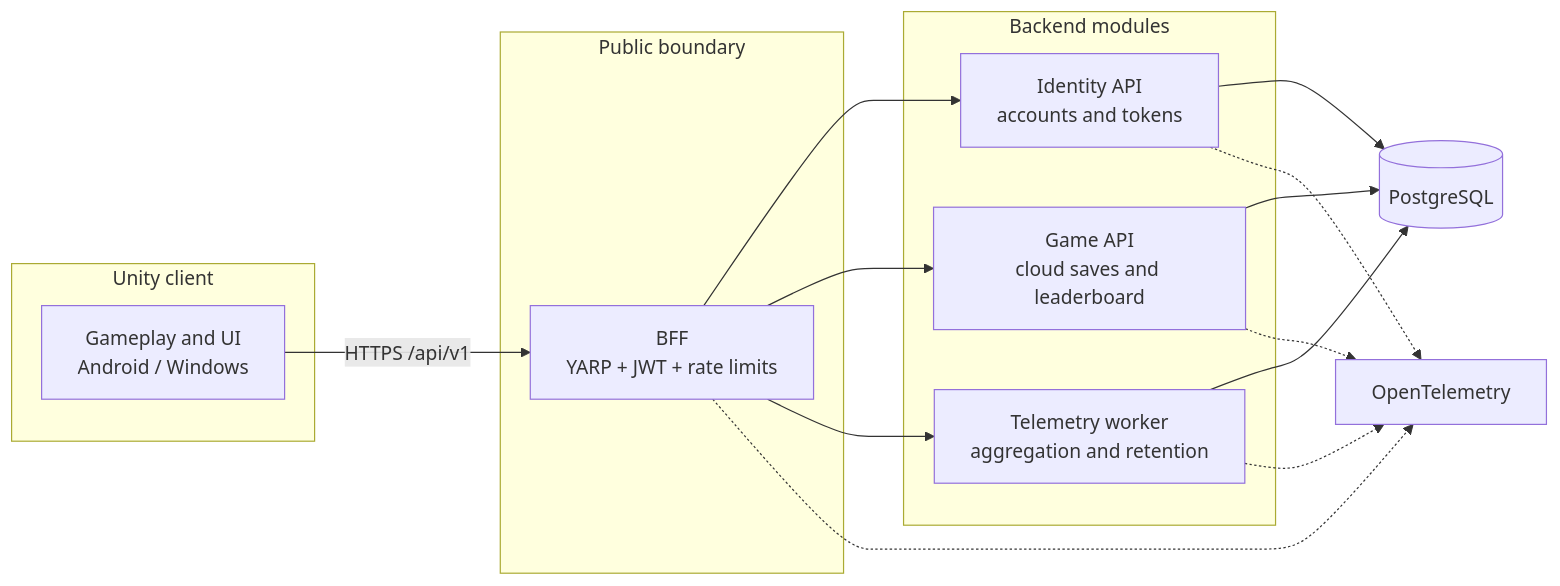
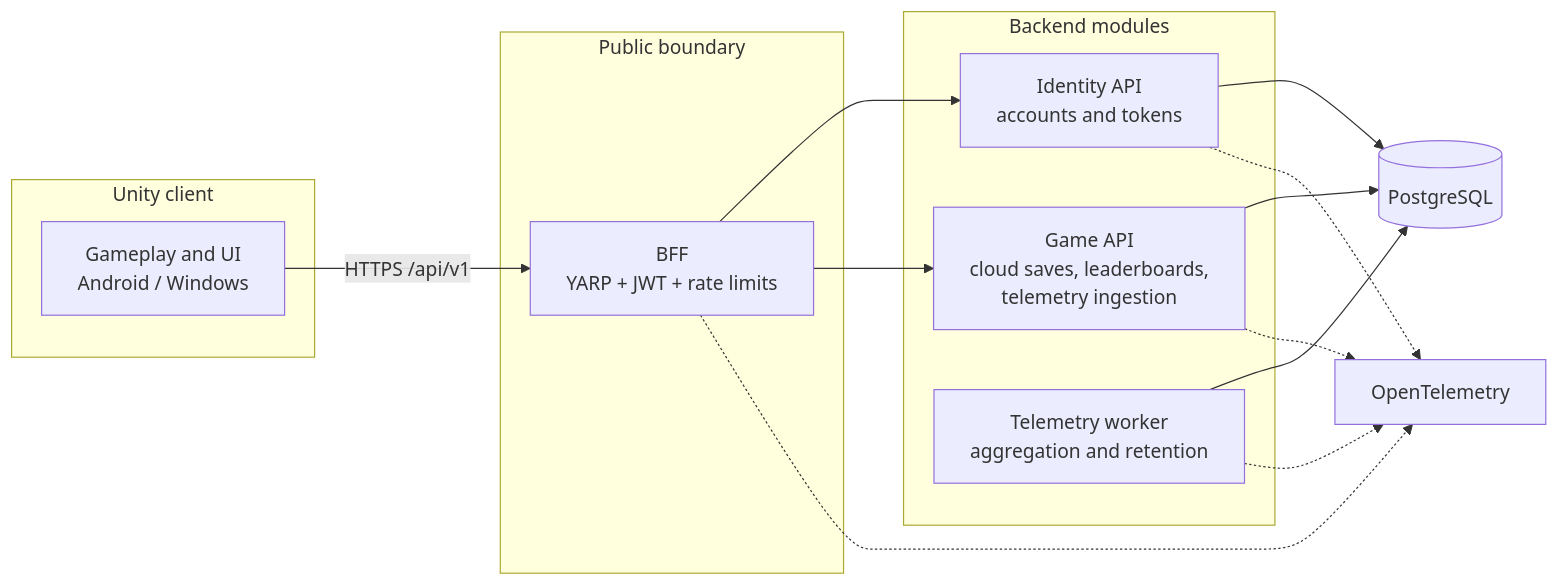
Before and after one commit to jb-coder/JabaSurvivol: the second of 2 diagrams in README.md, drawn with Mermaid. The commit also changed other lines of this file and 1 other file, not shown here.

First line of the commit message:
docs(readme): correct boss, elite, and telemetry details

````diff
--- a/README.md
+++ b/README.md
@@ -201,28 +203,27 @@
 ```mermaid
 flowchart LR
     subgraph Client["Unity client"]
         Game["Gameplay and UI<br/>Android / Windows"]
     end
     subgraph Edge["Public boundary"]
         BFF["BFF<br/>YARP + JWT + rate limits"]
     end
     subgraph Services["Backend modules"]
         Identity["Identity API<br/>accounts and tokens"]
-        GameApi["Game API<br/>cloud saves and leaderboard"]
+        GameApi["Game API<br/>cloud saves, leaderboards,<br/>telemetry ingestion"]
         Worker["Telemetry worker<br/>aggregation and retention"]
     end
     DB[("PostgreSQL")]
     OTLP["OpenTelemetry"]
 
     Game -->|"HTTPS /api/v1"| BFF
     BFF --> Identity
     BFF --> GameApi
-    BFF --> Worker
     Identity --> DB
     GameApi --> DB
     Worker --> DB
     BFF -.-> OTLP
     Identity -.-> OTLP
     GameApi -.-> OTLP
     Worker -.-> OTLP
 ```
````
